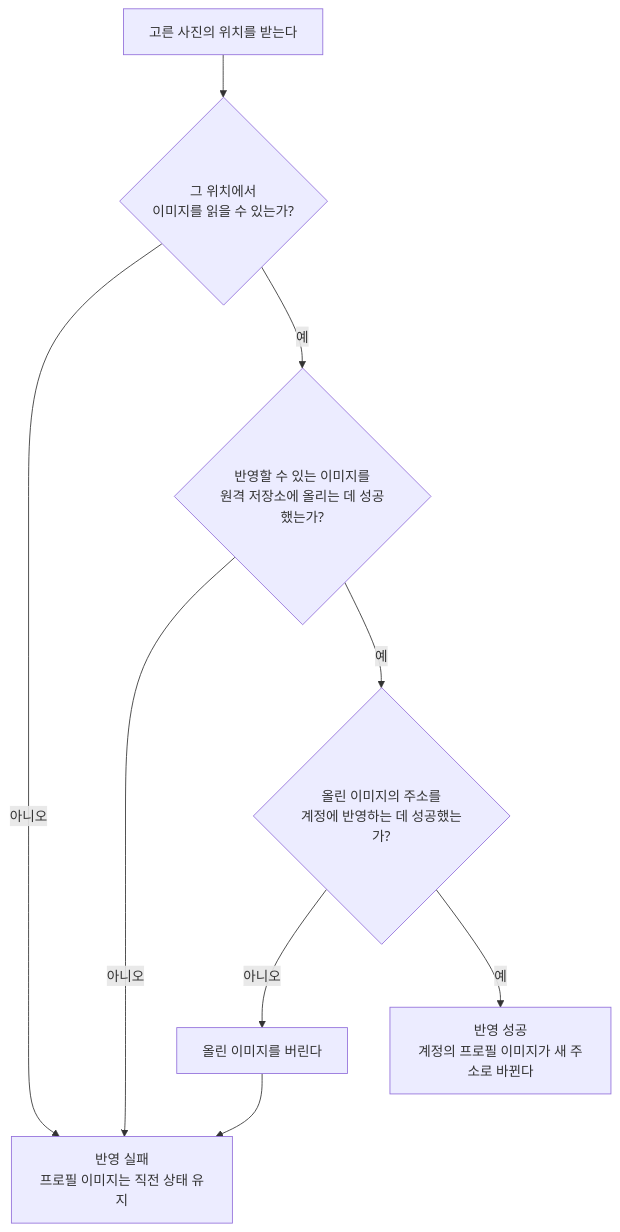
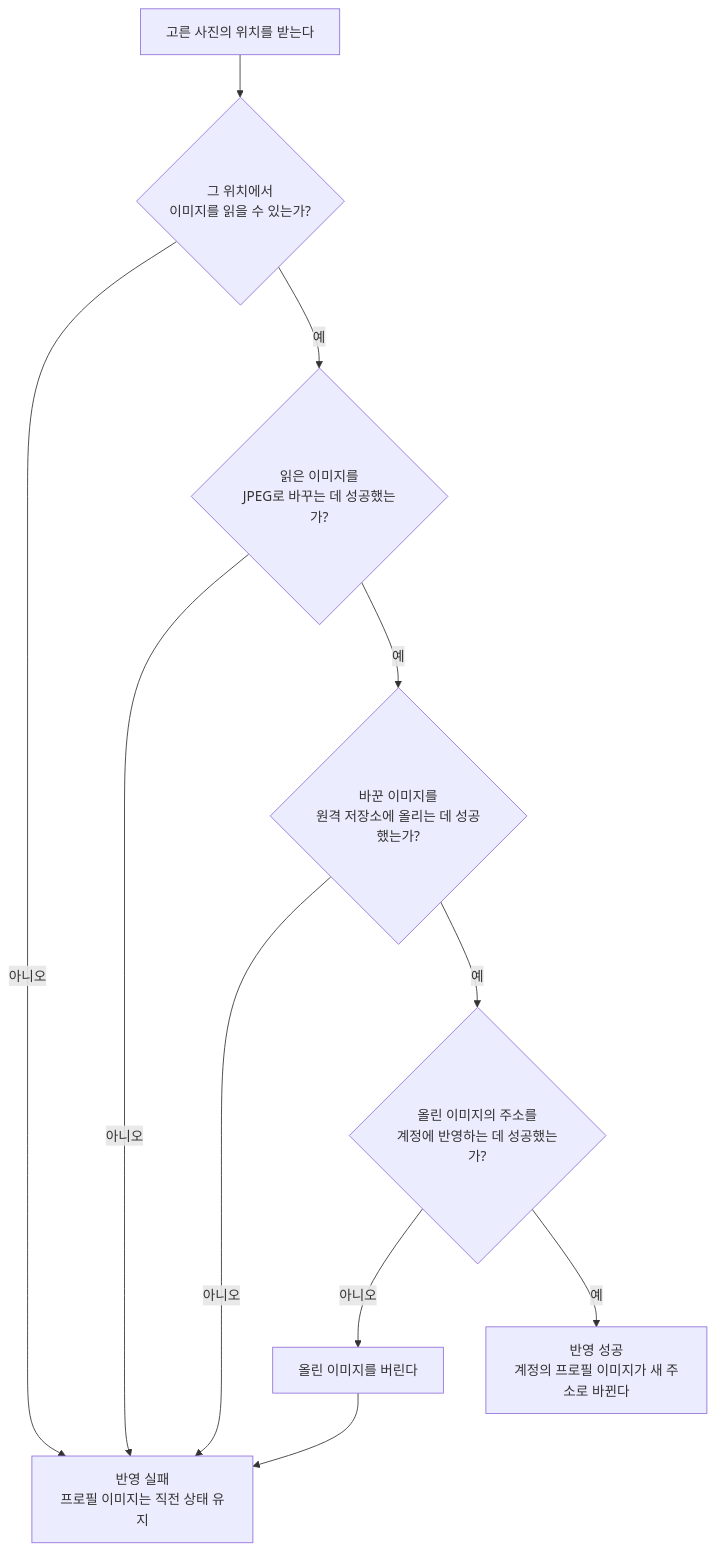
One commit to taetae98coding/DiaryKMP changed the diagram in docs/spec/profile-image.md. Above: the diagram before and after it, drawn with Mermaid. The commit also changed other lines of this file and 1 other file, not shown here.

First line of the commit message:
docs: 고른 사진을 JPEG로 바꿔 올리도록 정한다

````diff
--- a/docs/spec/profile-image.md
+++ b/docs/spec/profile-image.md
@@ -35,10 +48,12 @@
 ```mermaid
 flowchart TD
     start["고른 사진의 위치를 받는다"] --> read{"그 위치에서<br/>이미지를 읽을 수 있는가?"}
     read -- 아니오 --> fail["반영 실패<br/>프로필 이미지는 직전 상태 유지"]
-    read -- 예 --> upload{"반영할 수 있는 이미지를<br/>원격 저장소에 올리는 데 성공했는가?"}
+    read -- 예 --> convert{"읽은 이미지를<br/>JPEG로 바꾸는 데 성공했는가?"}
+    convert -- 아니오 --> fail
+    convert -- 예 --> upload{"바꾼 이미지를<br/>원격 저장소에 올리는 데 성공했는가?"}
     upload -- 아니오 --> fail
     upload -- 예 --> apply{"올린 이미지의 주소를<br/>계정에 반영하는 데 성공했는가?"}
     apply -- 아니오 --> discard["올린 이미지를 버린다"] --> fail
     apply -- 예 --> success["반영 성공<br/>계정의 프로필 이미지가 새 주소로 바뀐다"]
 ```
````
